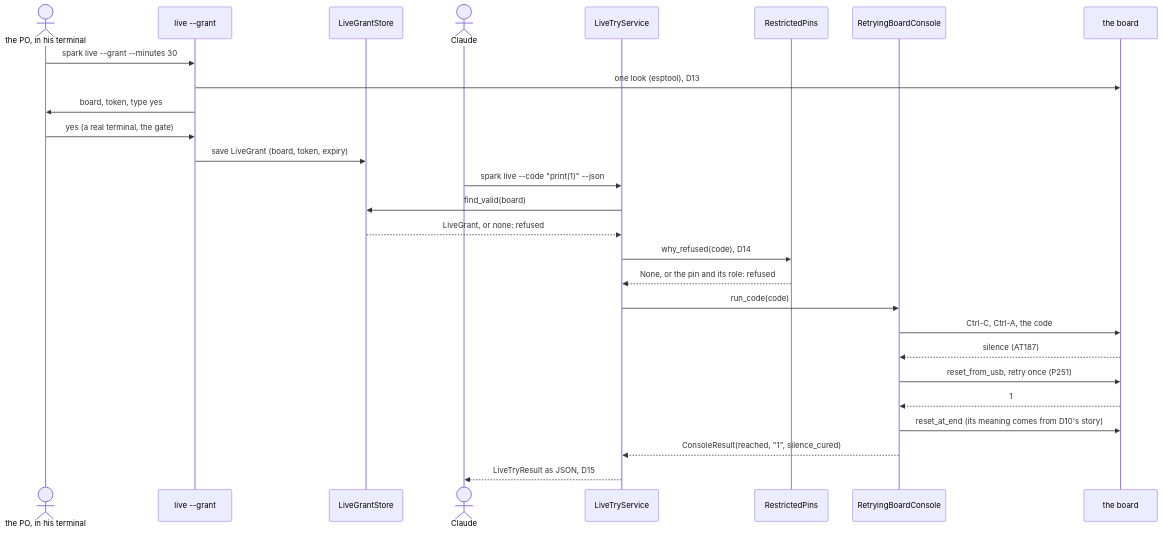
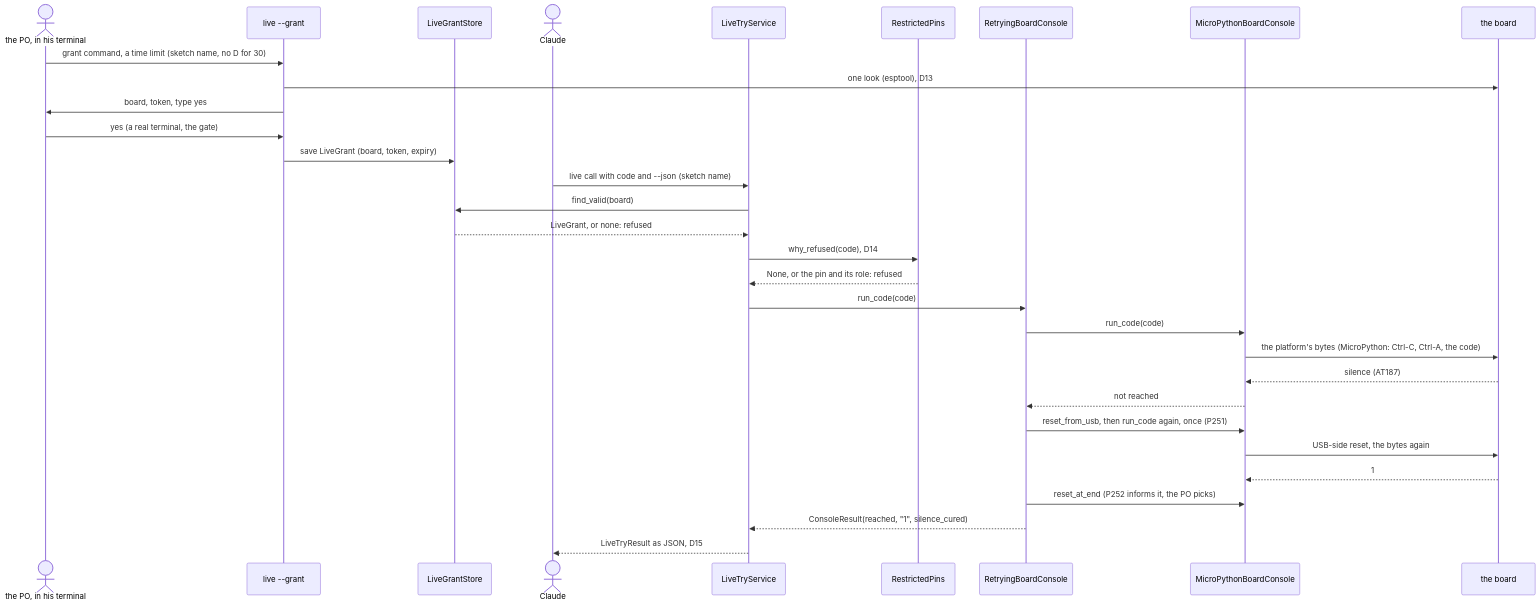
Before and after one commit to xmejkal/spark: the second of 2 diagrams in docs/discovery/2026-10-15-p235-live-on-board/shape-for-design.md, drawn with Mermaid. The commit also changed other lines of this file and 8 other files, not shown here.

````diff
--- a/docs/discovery/2026-10-15-p235-live-on-board/shape-for-design.md
+++ b/docs/discovery/2026-10-15-p235-live-on-board/shape-for-design.md
@@ -73,29 +77,33 @@
 ```mermaid
 sequenceDiagram
   actor PO as the PO, in his terminal
   participant G as live --grant
   participant S as LiveGrantStore
   actor C as Claude
   participant L as LiveTryService
   participant P as RestrictedPins
   participant R as RetryingBoardConsole
+  participant M as MicroPythonBoardConsole
   participant B as the board
-  PO->>G: spark live --grant --minutes 30
+  PO->>G: grant command, a time limit (sketch name, no D for 30)
   G->>B: one look (esptool), D13
   G->>PO: board, token, type yes
   PO->>G: yes (a real terminal, the gate)
   G->>S: save LiveGrant (board, token, expiry)
-  C->>L: spark live --code "print(1)" --json
+  C->>L: live call with code and --json (sketch name)
   L->>S: find_valid(board)
   S-->>L: LiveGrant, or none: refused
   L->>P: why_refused(code), D14
   P-->>L: None, or the pin and its role: refused
   L->>R: run_code(code)
-  R->>B: Ctrl-C, Ctrl-A, the code
-  B-->>R: silence (AT187)
-  R->>B: reset_from_usb, retry once (P251)
-  B-->>R: 1
-  R->>B: reset_at_end (its meaning comes from D10's story)
+  R->>M: run_code(code)
+  M->>B: the platform's bytes (MicroPython: Ctrl-C, Ctrl-A, the code)
+  B-->>M: silence (AT187)
+  M-->>R: not reached
+  R->>M: reset_from_usb, then run_code again, once (P251)
+  M->>B: USB-side reset, the bytes again
+  B-->>M: 1
+  R->>M: reset_at_end (P252 informs it, the PO picks)
   R-->>L: ConsoleResult(reached, "1", silence_cured)
   L-->>C: LiveTryResult as JSON, D15
 ```
````
